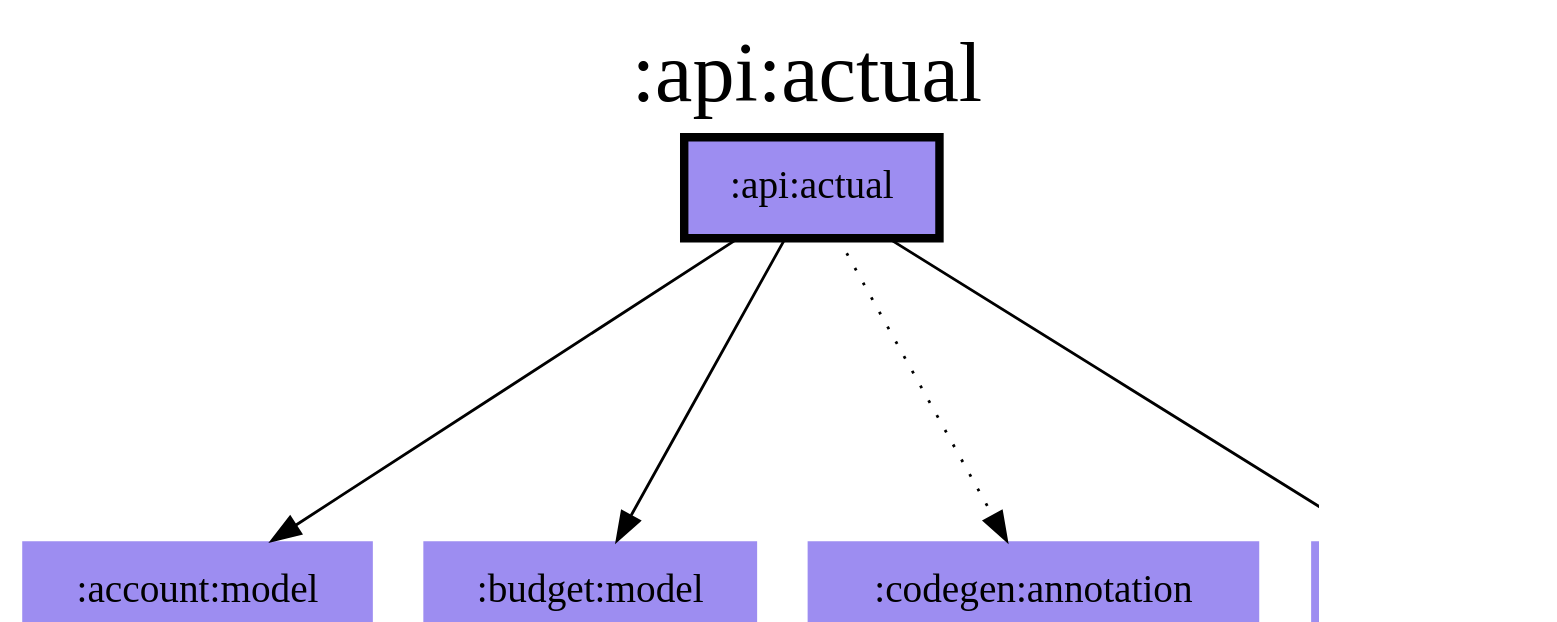
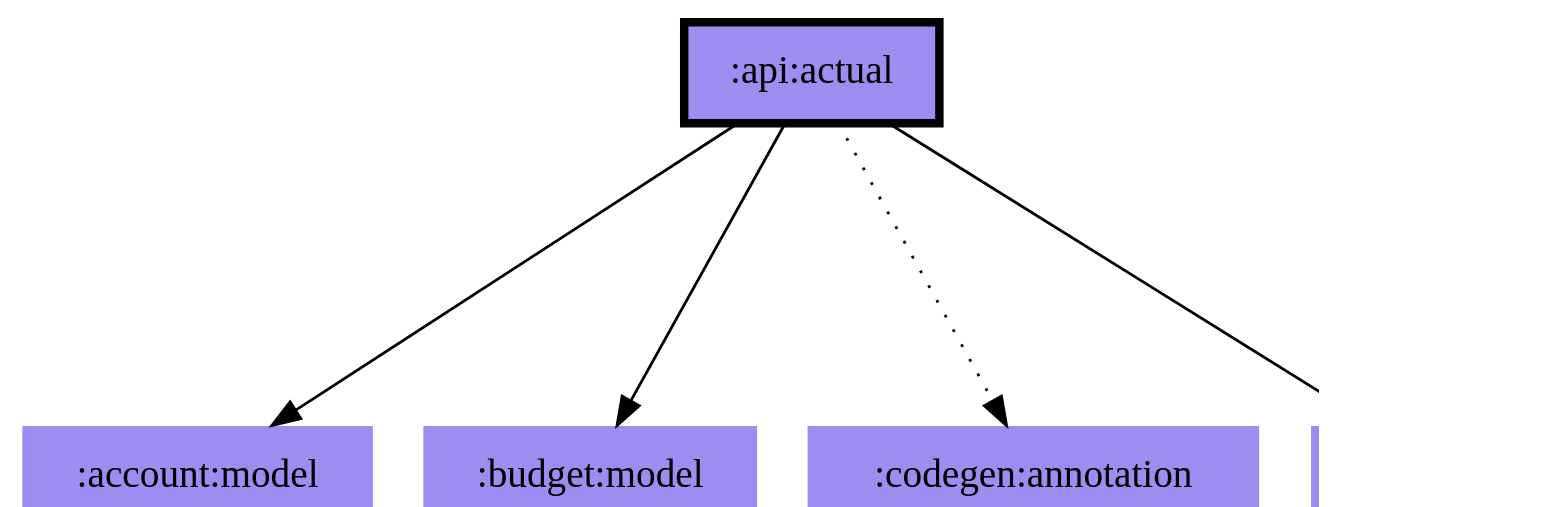
Before and after one commit to jonapoul/aktual: the diagram in modules/api/actual/modules.dot, drawn with Graphviz. The commit also changed 87 other files, not shown here.

Commit message:
Remove graphviz

```diff
--- a/modules/api/actual/modules.dot
+++ b/modules/api/actual/modules.dot
@@ -1,19 +1,14 @@
 digraph {
 edge ["dir"="forward"]
-graph ["dpi"="100","label"=":api:actual","labelloc"="t","fontsize"="30","ranksep"="1.5","rankdir"="TB"]
+graph ["dpi"="100","fontsize"="30","ranksep"="1.5","rankdir"="TB"]
 node ["style"="filled"]
 ":account:model" ["fillcolor"="#9D8DF1","shape"="none"]
 ":api:actual" ["fillcolor"="#9D8DF1","color"="black","penwidth"="3","shape"="box"]
 ":budget:model" ["fillcolor"="#9D8DF1","shape"="none"]
 ":codegen:annotation" ["fillcolor"="#9D8DF1","shape"="none"]
 ":core:model" ["fillcolor"="#9D8DF1","shape"="none"]
-{
-edge ["dir"="none"]
-graph ["rank"="same"]
-":api:actual"
-}
 ":api:actual" -> ":account:model"
 ":api:actual" -> ":budget:model"
 ":api:actual" -> ":codegen:annotation" ["style"="dotted"]
 ":api:actual" -> ":core:model"
 }
```
